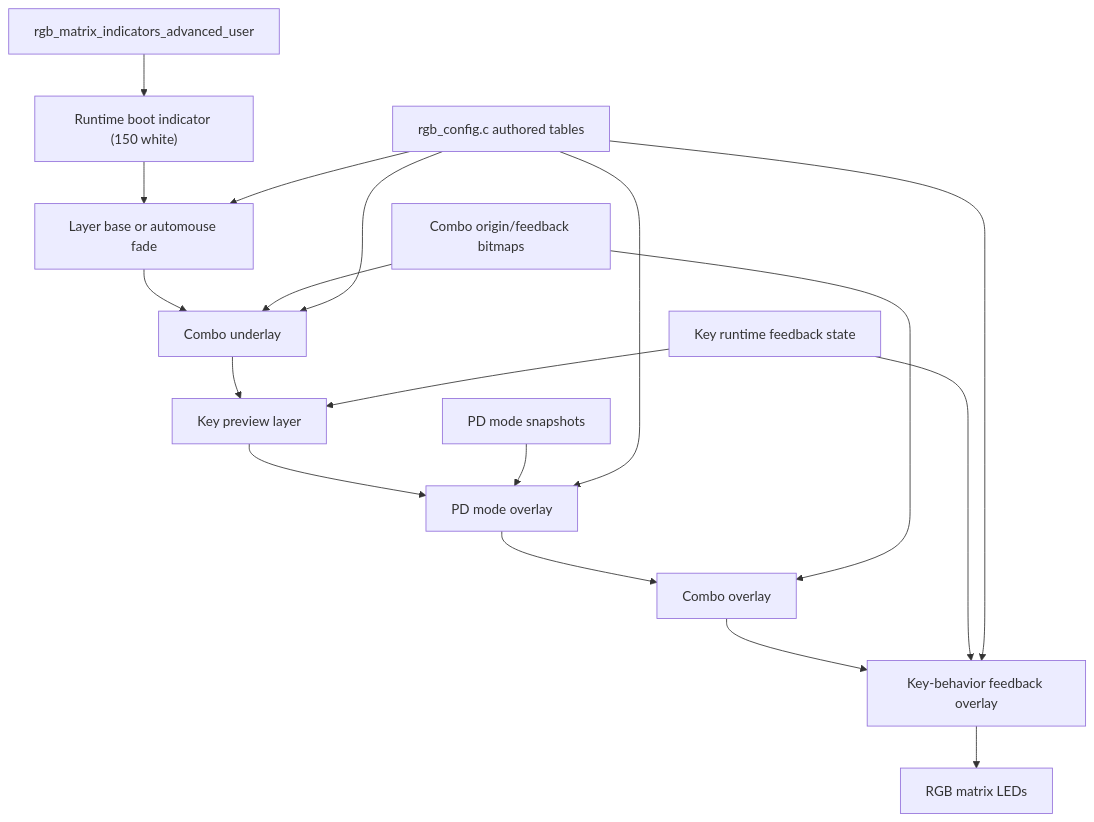
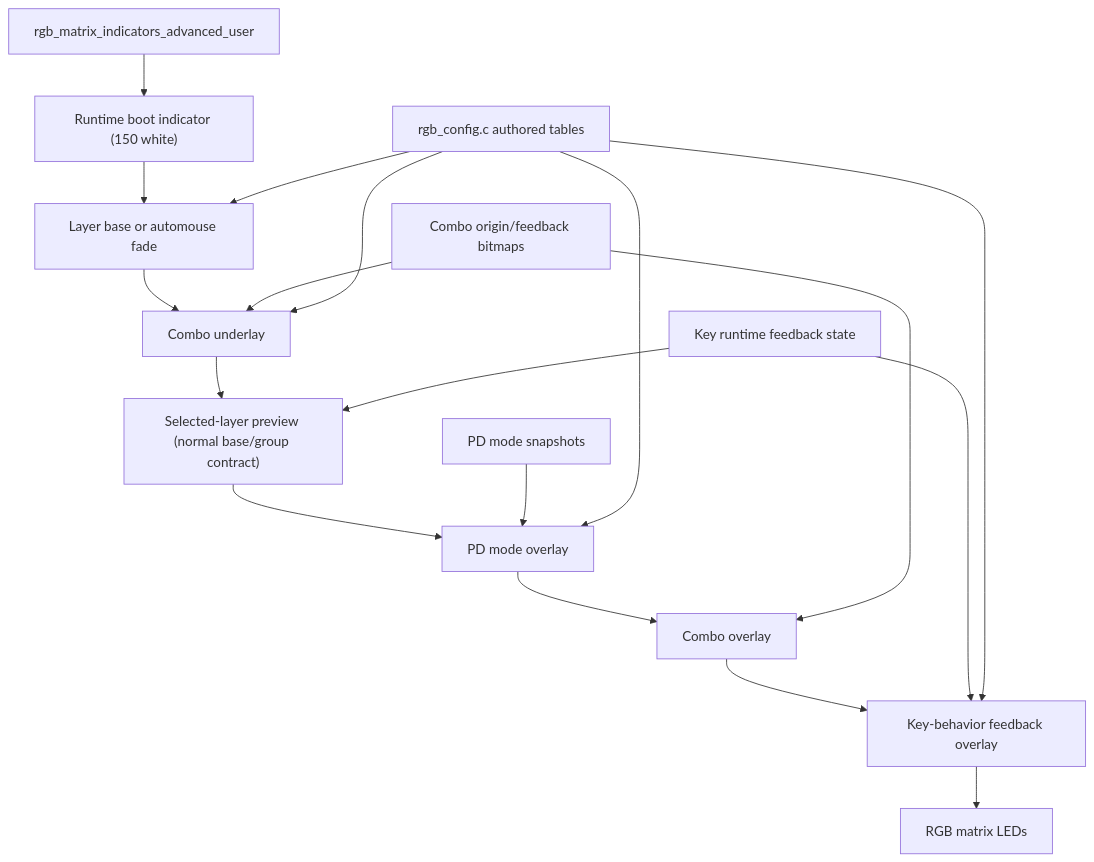
One commit to NoahCLR/charybdis-4x6 changed the seventh of 10 diagrams in docs/architecture/runtime-flow.md. Above: the diagram before and after it, drawn with Mermaid. The commit also changed 14 other files, not shown here.

First line of the commit message:
Unify RGB preview layer rendering

````diff
--- a/docs/architecture/runtime-flow.md
+++ b/docs/architecture/runtime-flow.md
@@ -149,20 +149,20 @@
 ```mermaid
 flowchart TD
     rgb_hook["rgb_matrix_indicators_advanced_user"] --> diag["Runtime boot indicator (150 white)"]
     diag --> base["Layer base or automouse fade"]
     base --> combo_under["Combo underlay"]
-    combo_under --> preview["Key preview layer"]
+    combo_under --> preview["Selected-layer preview (normal base/group contract)"]
     preview --> pd["PD mode overlay"]
     pd --> combo_overlay["Combo overlay"]
     combo_overlay --> key_feedback["Key-behavior feedback overlay"]
     key_feedback --> leds["RGB matrix LEDs"]
     key_runtime["Key runtime feedback state"] --> preview
     key_runtime --> key_feedback
     combo["Combo origin/feedback bitmaps"] --> combo_under
     combo --> combo_overlay
     pd_state["PD mode snapshots"] --> pd
     authored["rgb_config.c authored tables"] --> base
     authored --> pd
     authored --> combo_under
     authored --> key_feedback
 ```
````
